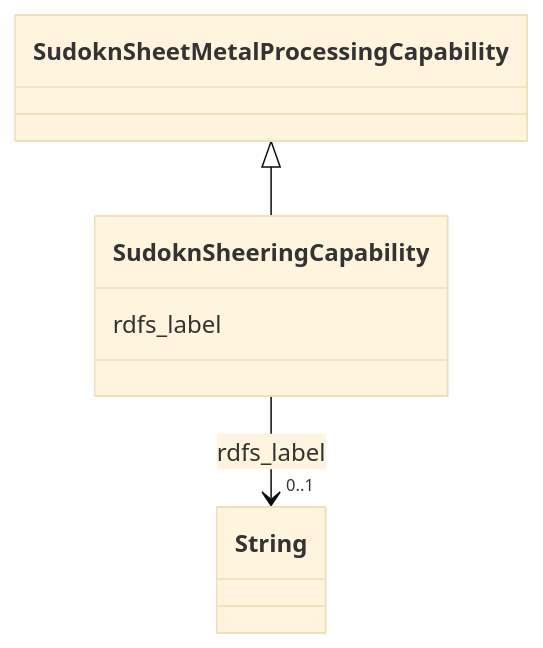
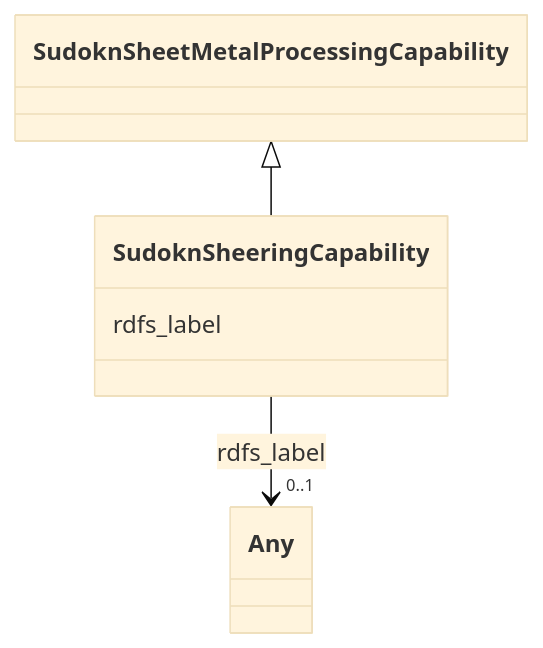
The diagram in sudokn-kg/classes/SudoknSheeringCapability.md (frink-okn/graph-descriptions), drawn with Mermaid (base theme) before and after one commit. The commit also changed other lines of this file and 903 other files, not shown here.

````diff
--- a/sudokn-kg/classes/SudoknSheeringCapability.md
+++ b/sudokn-kg/classes/SudoknSheeringCapability.md
@@ -23,18 +16,18 @@
 ```mermaid
  classDiagram
     class SudoknSheeringCapability
     click SudoknSheeringCapability href "../SudoknSheeringCapability"
       SudoknSheetMetalProcessingCapability <|-- SudoknSheeringCapability
         click SudoknSheetMetalProcessingCapability href "../SudoknSheetMetalProcessingCapability"
       
       SudoknSheeringCapability : rdfs_label
         
           
     
     
-    SudoknSheeringCapability --> "0..1" String : rdfs_label
-    click String href "../String"
+    SudoknSheeringCapability --> "0..1" Any : rdfs_label
+    click Any href "../Any"
 
         
       
 ```
````
